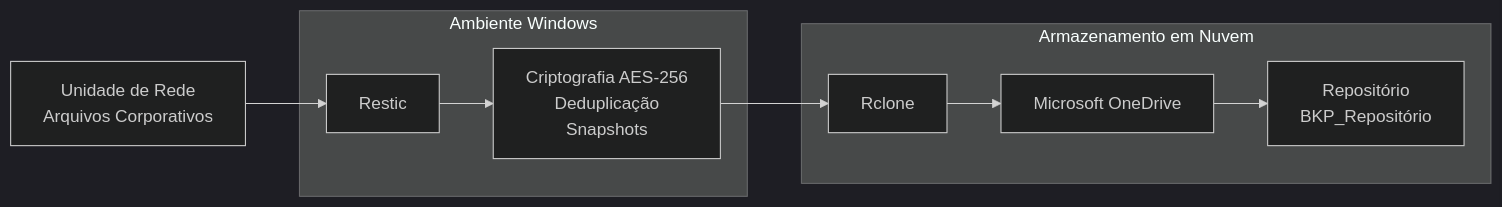
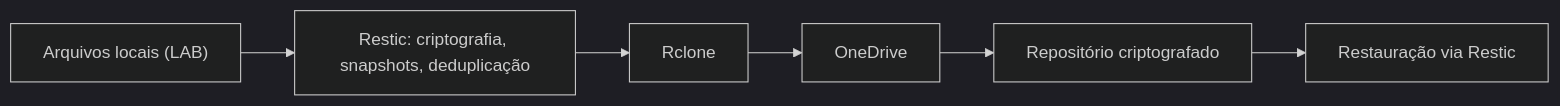
Before and after one commit to GabrielCerqm/Cloud-Encrypted-Backup: the diagram in README.md, drawn with Mermaid (dark theme). The commit also changed other lines of this file, not shown here.

Commit message:
docs(v1.0): define escopo manual e arquitetura do backup criptografado

````diff
--- a/README.md
+++ b/README.md
@@ -24,21 +30,8 @@
 ```mermaid
 flowchart LR
-    A["Unidade de Rede<br/>Arquivos Corporativos"]
-
-    subgraph Windows["Ambiente Windows"]
-        B["Restic"]
-        C["Criptografia AES-256<br/>Deduplicação<br/>Snapshots"]
-    end
-
-    subgraph Cloud["Armazenamento em Nuvem"]
-        D["Rclone"]
-        E["Microsoft OneDrive"]
-        F["Repositório<br/>BKP_Repositório"]
-    end
-
-    A --> B
-    B --> C
-    C --> D
-    D --> E
-    E --> F
+    A["Arquivos locais (LAB)"] --> B["Restic: criptografia, snapshots, deduplicação"]
+    B --> C["Rclone"]
+    C --> D["OneDrive"]
+    D --> E["Repositório criptografado"]
+    E --> F["Restauração via Restic"]
 ```
````
